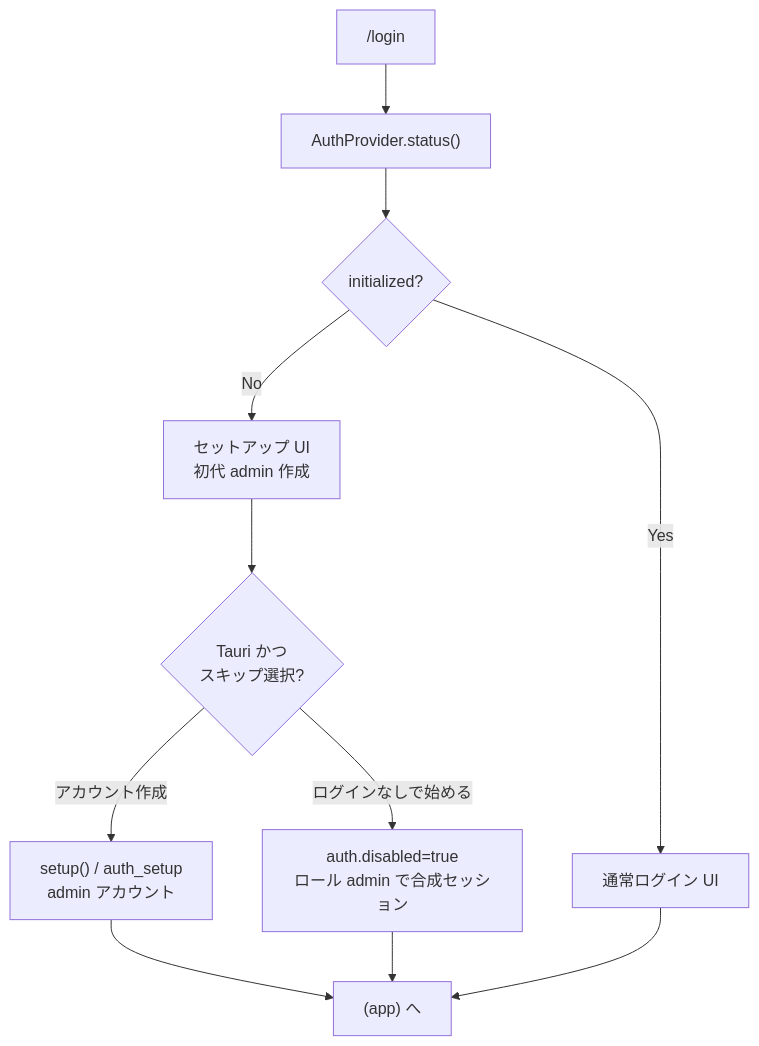
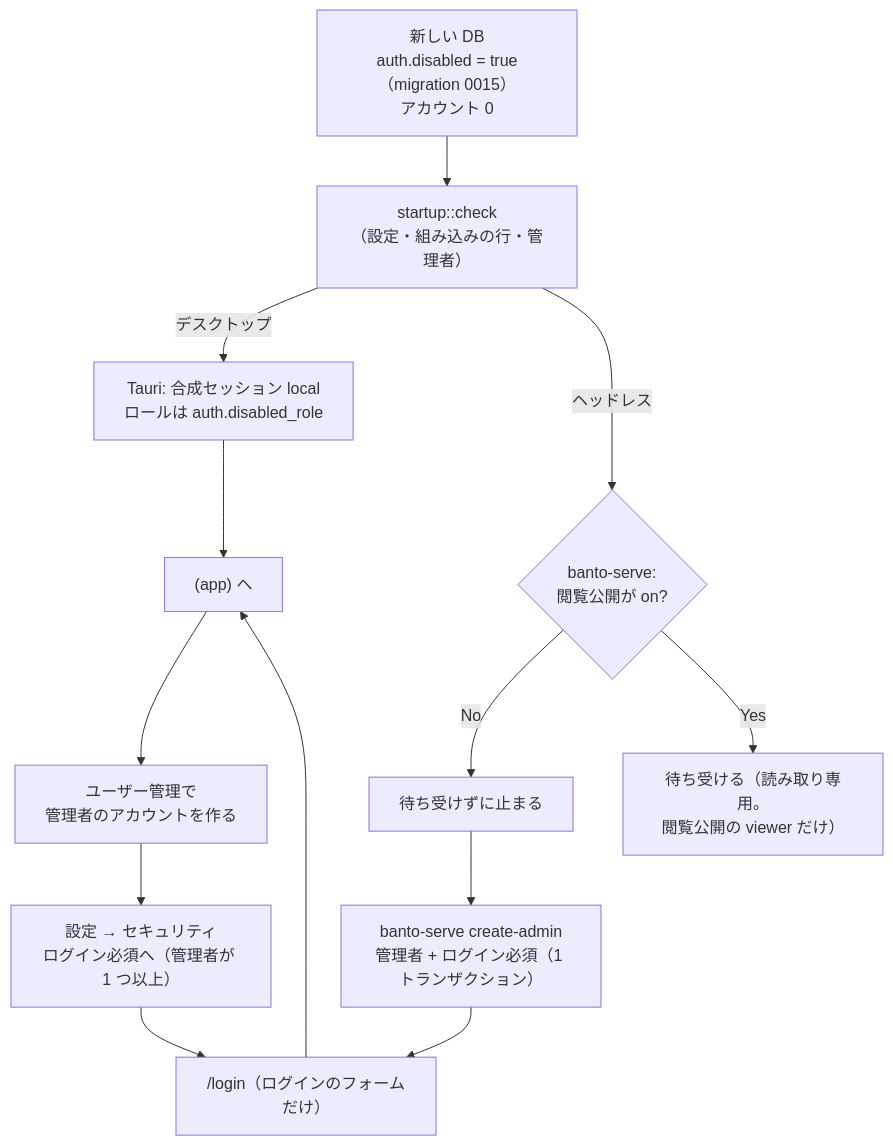
Before and after one commit to tyaro/banto: the eighth of 11 diagrams in docs/architecture-flows.md, drawn with Mermaid. The commit also changed other lines of this file and 57 other files, not shown here.

First line of the commit message:
feat(auth)!: 初回セットアップを外し、ヘッドレスの最初の管理者を CLI で作る（#778 C2b-c、ADR-0034 §5〜§7・§9）

````diff
--- a/docs/architecture-flows.md
+++ b/docs/architecture-flows.md
@@ -250,20 +250,21 @@
 ```mermaid
 flowchart TD
-  LOGIN["/login"]
-  ST["AuthProvider.status()"]
-  INIT{"initialized?"}
-  SETUP["セットアップ UI<br/>初代 admin 作成"]
-  LOGINUI["通常ログイン UI"]
-  SKIP{"Tauri かつ<br/>スキップ選択?"}
-  CREATE["setup() / auth_setup<br/>admin アカウント"]
-  NOLOGIN["auth.disabled=true<br/>ロール admin で合成セッション"]
+  NEW["新しい DB<br/>auth.disabled = true（migration 0015）<br/>アカウント 0"]
+  CHECK["startup::check<br/>（設定・組み込みの行・管理者）"]
+  TAURI["Tauri: 合成セッション local<br/>ロールは auth.disabled_role"]
   APP["(app) へ"]
+  USERS["ユーザー管理で<br/>管理者のアカウントを作る"]
+  LOCK["設定 → セキュリティ<br/>ログイン必須へ（管理者が 1 つ以上）"]
+  LOGINUI["/login（ログインのフォームだけ）"]
+  SERVE{"banto-serve:<br/>閲覧公開が on?"}
+  STOP["待ち受けずに止まる"]
+  CLI["banto-serve create-admin<br/>管理者 + ログイン必須（1 トランザクション）"]
+  RO["待ち受ける（読み取り専用。<br/>閲覧公開の viewer だけ）"]
 
-  LOGIN --> ST --> INIT
-  INIT -->|No| SETUP
-  INIT -->|Yes| LOGINUI
-  SETUP --> SKIP
-  SKIP -->|アカウント作成| CREATE --> APP
-  SKIP -->|ログインなしで始める| NOLOGIN --> APP
-  LOGINUI --> APP
+  NEW --> CHECK
+  CHECK -->|デスクトップ| TAURI --> APP
+  APP --> USERS --> LOCK --> LOGINUI --> APP
+  CHECK -->|ヘッドレス| SERVE
+  SERVE -->|No| STOP --> CLI --> LOGINUI
+  SERVE -->|Yes| RO
 ```
````
